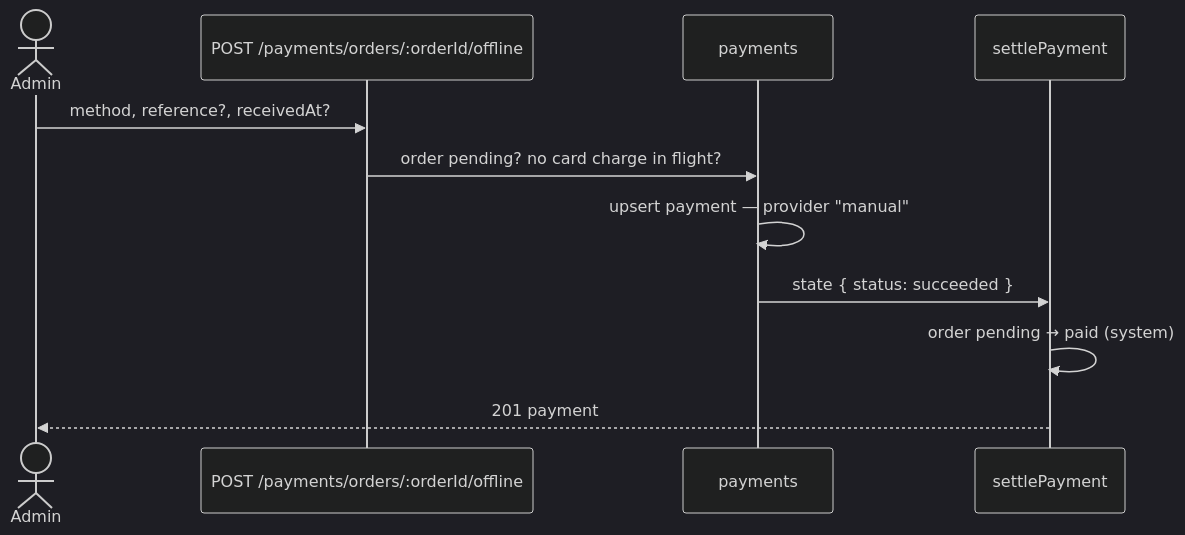
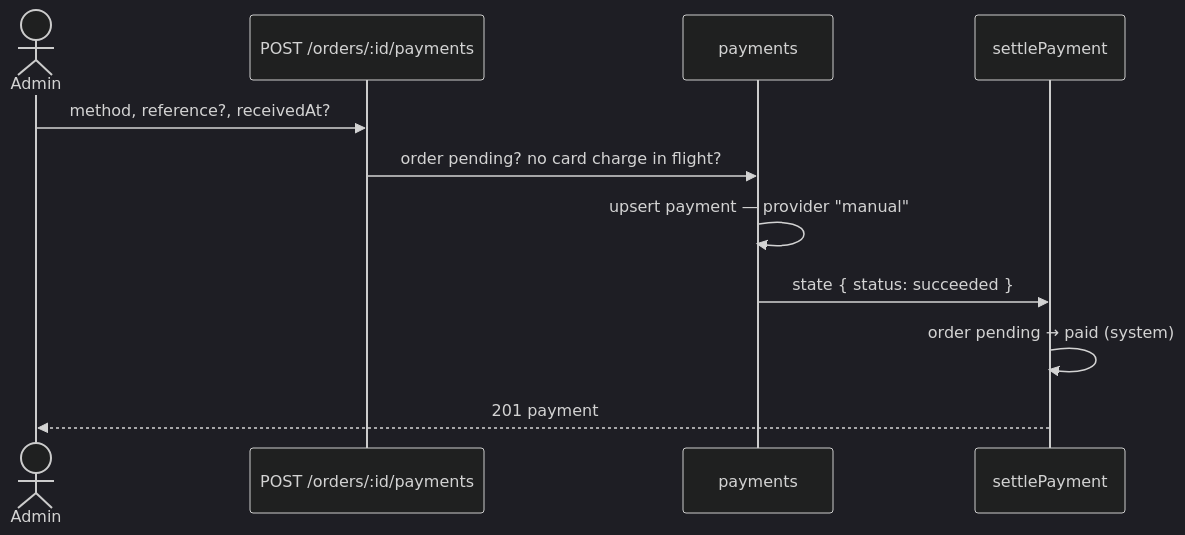
Before and after one commit to Guebbit/boilerplate-node-backend: the sixth of 12 diagrams in docs/modules/payments.md, drawn with Mermaid (dark theme). The commit also changed other lines of this file and 16 other files, not shown here.

First line of the commit message:
feat(payments)!: record an order's payment at POST /orders/{id}/payments

````diff
--- a/docs/modules/payments.md
+++ b/docs/modules/payments.md
@@ -313,13 +313,13 @@
 ```mermaid
 sequenceDiagram
     actor Admin
-    participant API as POST /payments/orders/:orderId/offline
+    participant API as POST /orders/:id/payments
     participant Pay as payments
     participant Set as settlePayment
     Admin->>API: method, reference?, receivedAt?
     API->>Pay: order pending? no card charge in flight?
     Pay->>Pay: upsert payment — provider "manual"
     Pay->>Set: state { status: succeeded }
     Set->>Set: order pending → paid (system)
     Set-->>Admin: 201 payment
 ```
````
